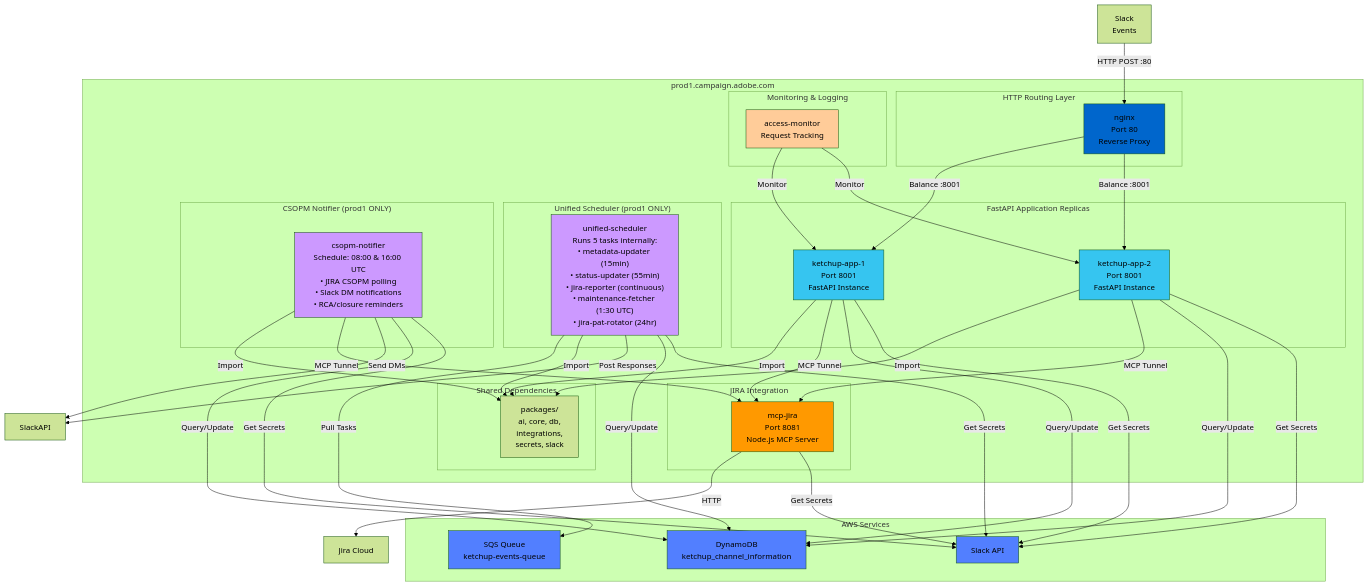
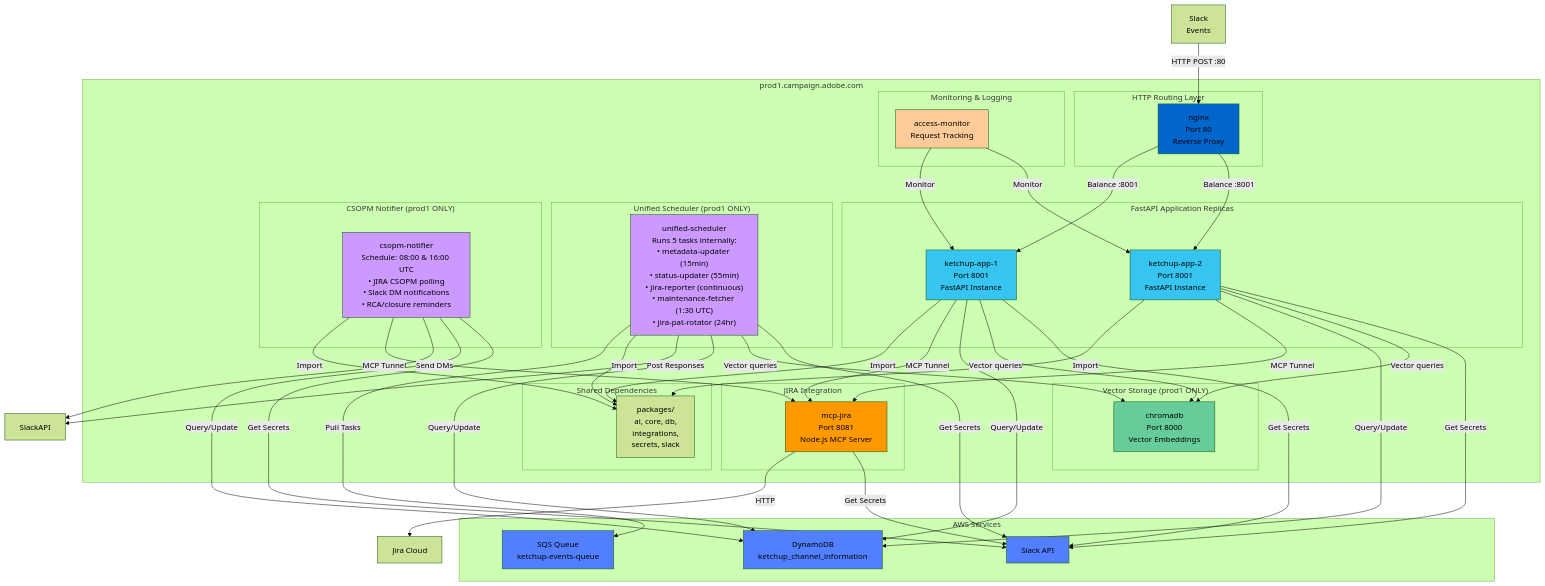
Before and after one commit to blueman82/mcp-exec: the first of 5 diagrams in projects/ketchup/docs/diagrams/5-container-topology.md, drawn with Mermaid (forest theme). The commit also changed other lines of this file and 14 other files, not shown here.

First line of the commit message:
feat(chromadb): decouple ChromaDB from agent feature flag (#314)

```diff
--- a/projects/ketchup/docs/diagrams/5-container-topology.md
+++ b/projects/ketchup/docs/diagrams/5-container-topology.md
@@ -32,6 +32,10 @@
 
         subgraph "Shared Dependencies"
             Packages["packages/<br/>ai, core, db,<br/>integrations,<br/>secrets, slack"]
+        end
+
+        subgraph "Vector Storage (prod1 ONLY)"
+            ChromaDB["chromadb<br/>Port 8000<br/>Vector Embeddings"]
         end
     end
 
@@ -69,6 +73,10 @@
     App2 -->|Query/Update| DDB
     UnifiedScheduler -->|Query/Update| DDB
 
+    App1 -->|Vector queries| ChromaDB
+    App2 -->|Vector queries| ChromaDB
+    UnifiedScheduler -->|Vector queries| ChromaDB
+
     App1 -->|Get Secrets| Secrets
     App2 -->|Get Secrets| Secrets
     MCP -->|Get Secrets| Secrets
@@ -84,6 +92,7 @@
     style UnifiedScheduler fill:#cc99ff
     style CSOPMNotifier fill:#cc99ff
     style AccessMonitor fill:#ffcc99
+    style ChromaDB fill:#66cc99
     style DDB fill:#527fff
     style Secrets fill:#527fff
     style SQS fill:#527fff
```
